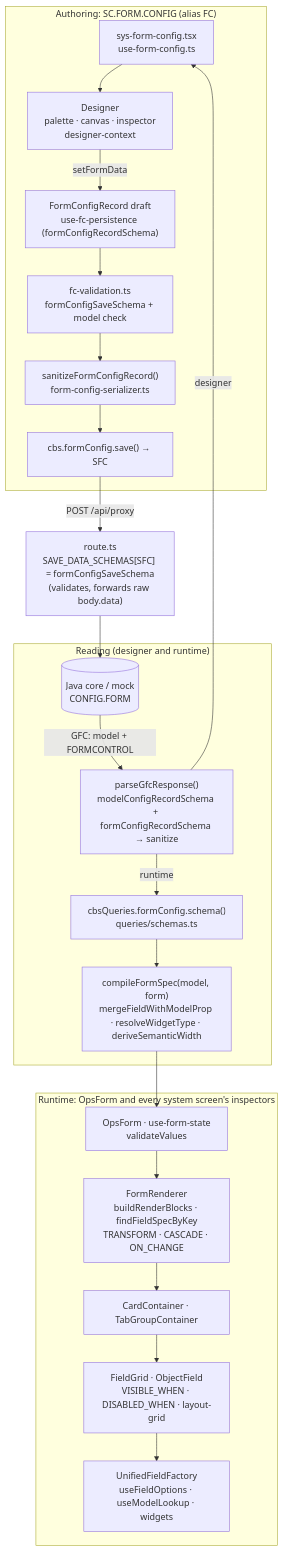
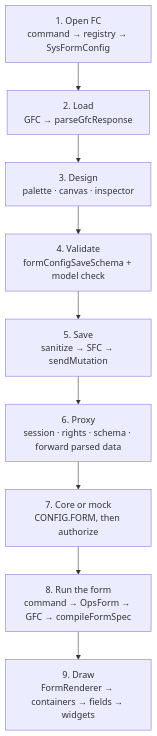
The first of 2 diagrams in docs/devs/FORM_CONFIG_AUDIT_PLAN.md (HadiuzzamanBappy/janata-cbs), drawn with Mermaid before and after one commit. The commit also changed other lines of this file and 6 other files, not shown here.

Commit message:
docs(form-config):learn and verify guide readmes runbook and drop dead combobox widget case

````diff
--- a/docs/devs/FORM_CONFIG_AUDIT_PLAN.md
+++ b/docs/devs/FORM_CONFIG_AUDIT_PLAN.md
@@ -63,26 +12,11 @@
 ```mermaid
-flowchart TB
-  subgraph Author["Authoring: SC.FORM.CONFIG (alias FC)"]
-    SFC_UI["sys-form-config.tsx<br/>use-form-config.ts"] --> DSG["Designer<br/>palette · canvas · inspector<br/>designer-context"]
-    DSG -->|"setFormData"| DRAFT["FormConfigRecord draft<br/>use-fc-persistence (formConfigRecordSchema)"]
-    DRAFT --> VAL["fc-validation.ts<br/>formConfigSaveSchema + model check"]
-    VAL --> SAN["sanitizeFormConfigRecord()<br/>form-config-serializer.ts"]
-    SAN --> PAY["cbs.formConfig.save() → SFC"]
-  end
-
-  PAY -->|"POST /api/proxy"| PROXY["route.ts<br/>SAVE_DATA_SCHEMAS[SFC] = formConfigSaveSchema<br/>(validates, forwards raw body.data)"]
-  PROXY --> CORE[("Java core / mock<br/>CONFIG.FORM")]
-
-  subgraph Read["Reading (designer and runtime)"]
-    CORE -->|"GFC: model + FORMCONTROL"| PARSE["parseGfcResponse()<br/>modelConfigRecordSchema + formConfigRecordSchema → sanitize"]
-    PARSE -->|"designer"| SFC_UI
-    PARSE -->|"runtime"| Q["cbsQueries.formConfig.schema()<br/>queries/schemas.ts"]
-    Q --> COMPILE["compileFormSpec(model, form)<br/>mergeFieldWithModelProp · resolveWidgetType · deriveSemanticWidth"]
-  end
-
-  subgraph Run["Runtime: OpsForm and every system screen's inspectors"]
-    COMPILE --> OPS["OpsForm · use-form-state<br/>validateValues"]
-    OPS --> FR["FormRenderer<br/>buildRenderBlocks · findFieldSpecByKey<br/>TRANSFORM · CASCADE · ON_CHANGE"]
-    FR --> CONT["CardContainer · TabGroupContainer"] --> GRID["FieldGrid · ObjectField<br/>VISIBLE_WHEN · DISABLED_WHEN · layout-grid"] --> FF["UnifiedFieldFactory<br/>useFieldOptions · useModelLookup · widgets"]
-  end
+flowchart TD
+  A["1. Open FC<br/>command → registry → SysFormConfig"] --> B["2. Load<br/>GFC → parseGfcResponse"]
+  B --> C["3. Design<br/>palette · canvas · inspector"]
+  C --> D["4. Validate<br/>formConfigSaveSchema + model check"]
+  D --> E["5. Save<br/>sanitize → SFC → sendMutation"]
+  E --> F["6. Proxy<br/>session · rights · schema · forward parsed data"]
+  F --> G["7. Core or mock<br/>CONFIG.FORM, then authorize"]
+  G --> H["8. Run the form<br/>command → OpsForm → GFC → compileFormSpec"]
+  H --> I["9. Draw<br/>FormRenderer → containers → fields → widgets"]
 ```
````
